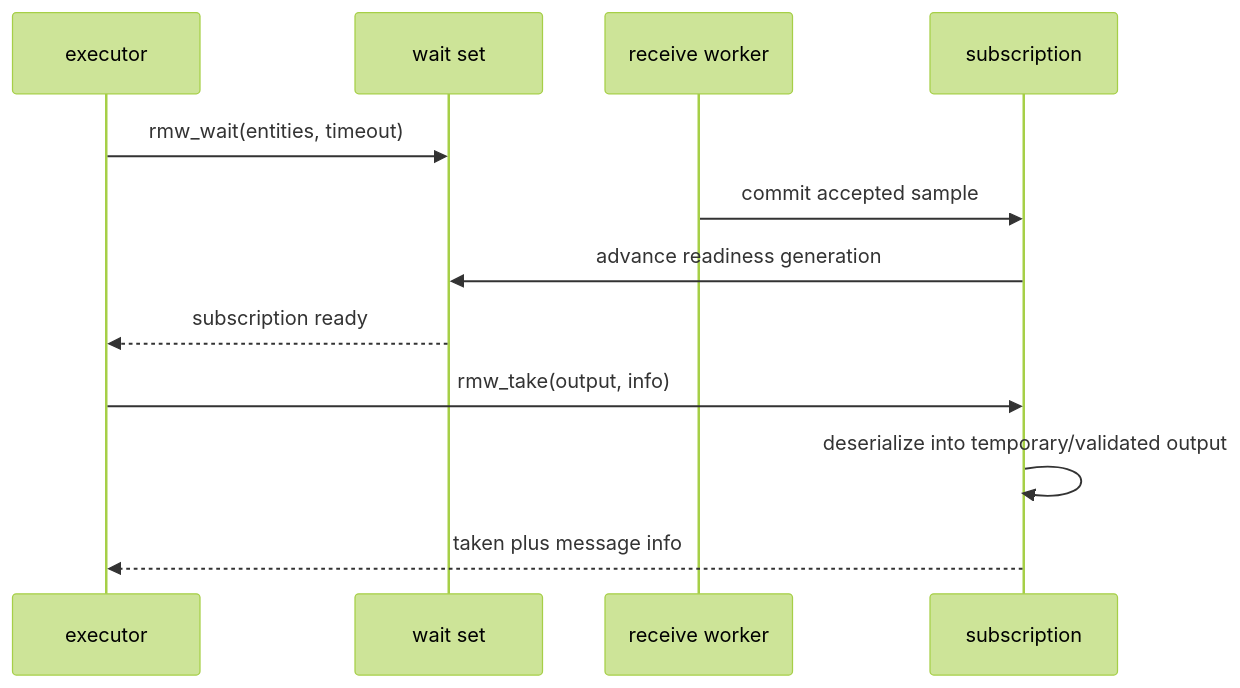
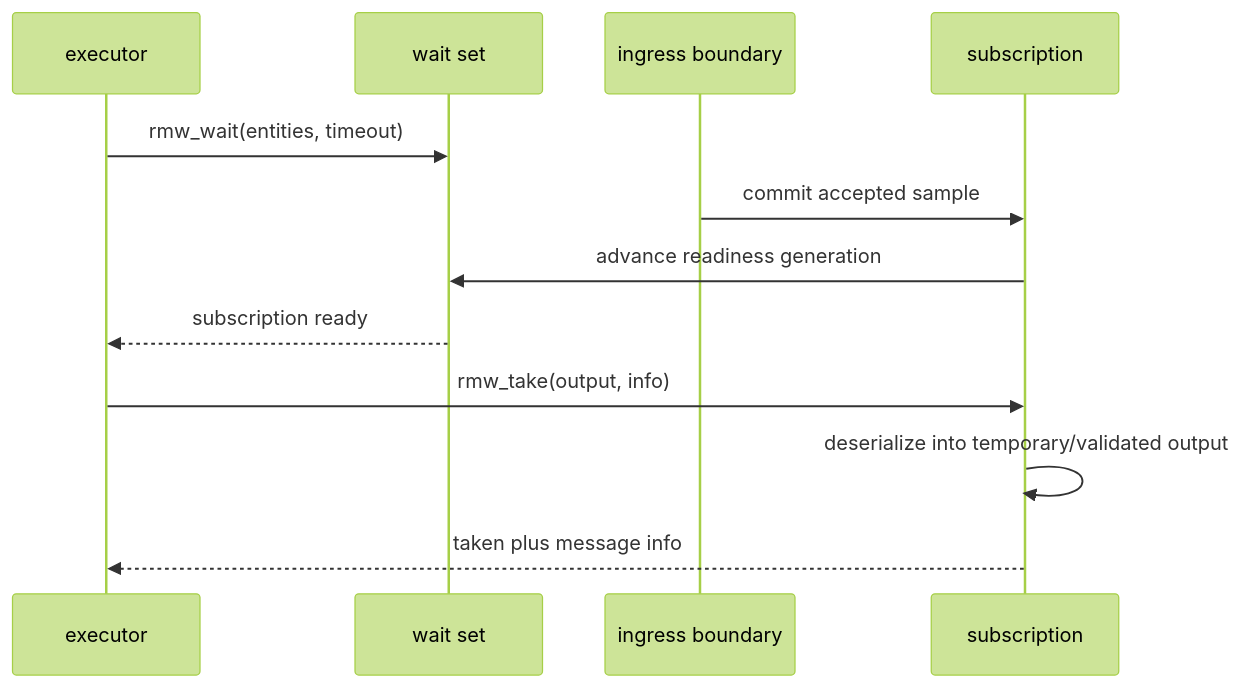
Diagram 12 of 14 in docs/design/ros2-rmw/detailed-design.md (indrakanti/openRTDDS), drawn with Mermaid (forest theme) before and after one commit. The commit also changed other lines of this file and 15 other files, not shown here.

````diff
--- a/docs/design/ros2-rmw/detailed-design.md
+++ b/docs/design/ros2-rmw/detailed-design.md
@@ -747,14 +749,14 @@
 ```mermaid
 sequenceDiagram
     participant EX as executor
     participant WS as wait set
-    participant RX as receive worker
+    participant RX as ingress boundary
     participant SUB as subscription
     EX->>WS: rmw_wait(entities, timeout)
     RX->>SUB: commit accepted sample
     SUB->>WS: advance readiness generation
     WS-->>EX: subscription ready
     EX->>SUB: rmw_take(output, info)
     SUB->>SUB: deserialize into temporary/validated output
     SUB-->>EX: taken plus message info
 ```
````
